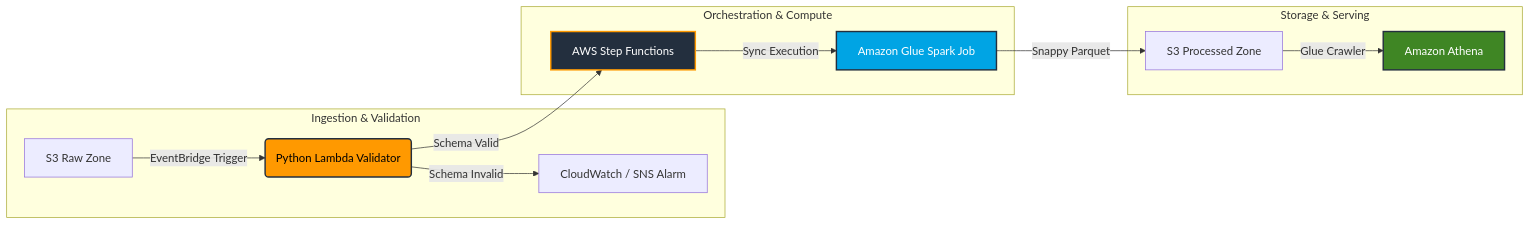
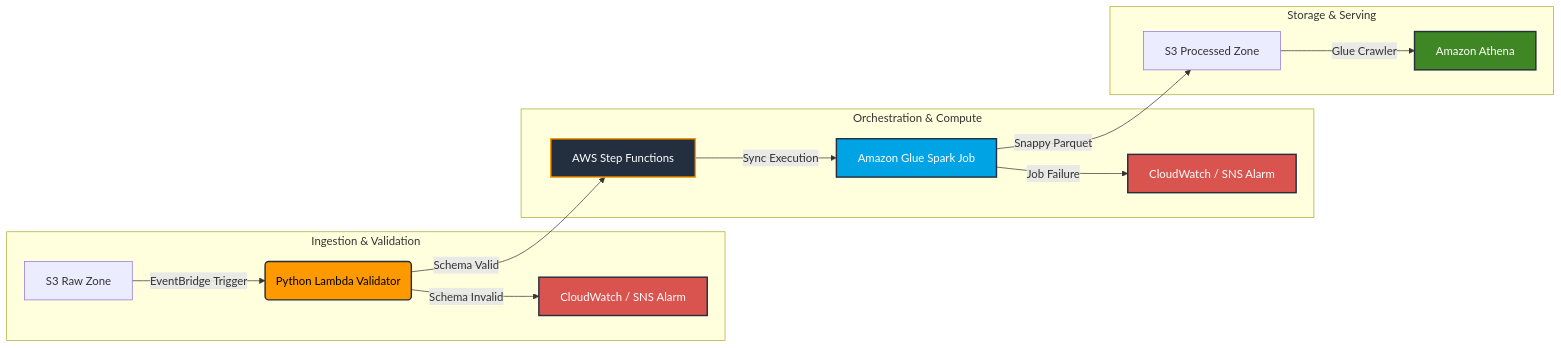
One commit to mismael04/ecommerce-serverless-pipeline changed the diagram in README.md. Above: the diagram before and after it, drawn with Mermaid.

Commit message:
Enhance orchestration diagram with failure handling
Added CloudWatch/SNS Alarm for job failure handling and updated styles for new elements.

````diff
--- a/README.md
+++ b/README.md
@@ -9,22 +9,25 @@
 ```mermaid
 graph LR
     subgraph Ingestion & Validation
         A[S3 Raw Zone] -->|EventBridge Trigger| B(Python Lambda Validator)
         B -->|Schema Invalid| C[CloudWatch / SNS Alarm]
     end
 
     subgraph Orchestration & Compute
         B -->|Schema Valid| D[AWS Step Functions]
         D -->|Sync Execution| E[Amazon Glue Spark Job]
+        E -->|Job Failure| H[CloudWatch / SNS Alarm]
     end
 
     subgraph Storage & Serving
         E -->|Snappy Parquet| F[S3 Processed Zone]
         F -->|Glue Crawler| G[Amazon Athena]
     end
 
     style B fill:#FF9900,stroke:#232F3E,stroke-width:2px,color:#000
     style D fill:#232F3E,stroke:#FF9900,stroke-width:2px,color:#fff
     style E fill:#00A4E4,stroke:#232F3E,stroke-width:2px,color:#fff
     style G fill:#3F8624,stroke:#232F3E,stroke-width:2px,color:#fff
+    style C fill:#D9534F,stroke:#232F3E,stroke-width:2px,color:#fff
+    style H fill:#D9534F,stroke:#232F3E,stroke-width:2px,color:#fff
 ```
````
